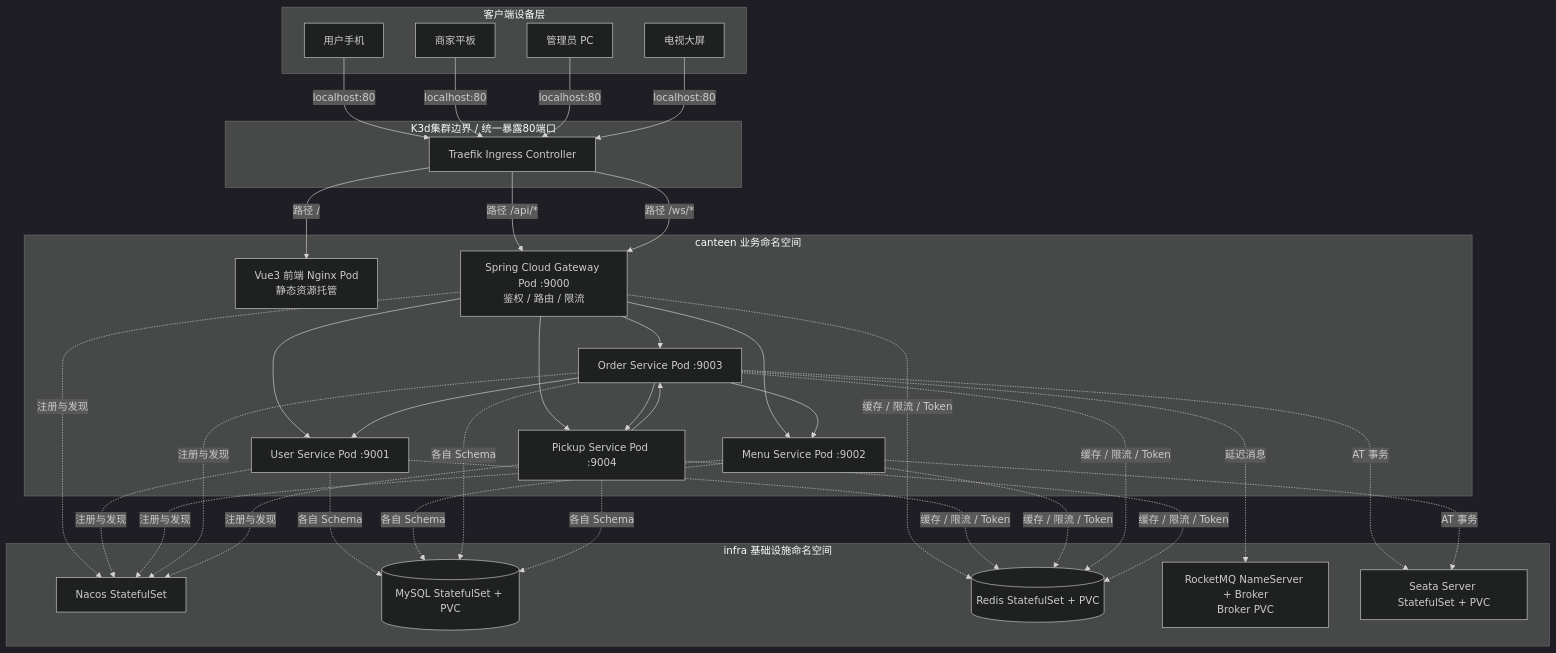
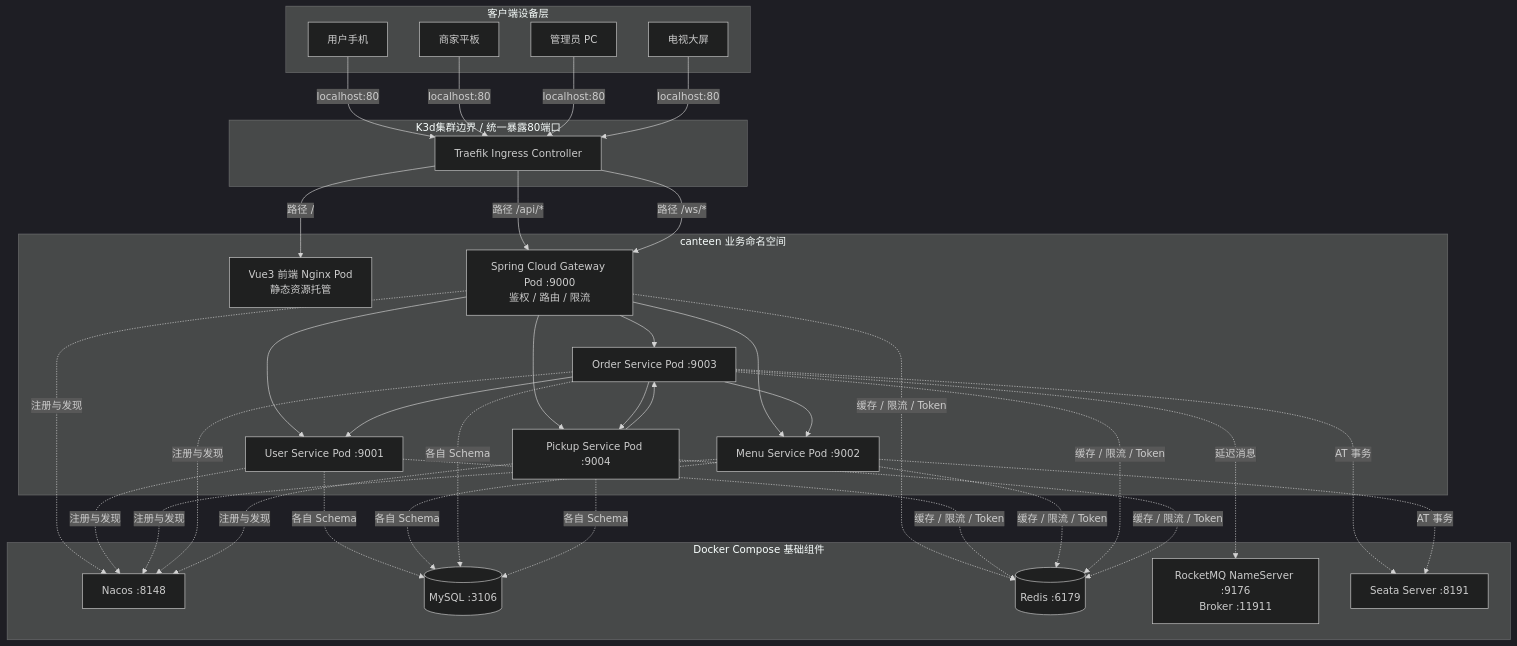
One commit to ZhongJiating26/smart-canteen changed the first of 2 diagrams in docs/A架构设计文档.md. Above: the diagram before and after it, drawn with Mermaid (dark theme). The commit also changed other lines of this file and 14 other files, not shown here.

````diff
--- a/docs/A架构设计文档.md
+++ b/docs/A架构设计文档.md
@@ -45,52 +46,52 @@
 ```mermaid
 graph TD
     subgraph 客户端设备层
         U[用户手机]
         M[商家平板]
         A[管理员 PC]
         S[电视大屏]
     end
 
     subgraph K3d集群边界 / 统一暴露80端口
         LB[Traefik Ingress Controller]
     end
 
     subgraph canteen 业务命名空间
         NG[Vue3 前端 Nginx Pod<br/>静态资源托管]
         GW[Spring Cloud Gateway Pod :9000<br/>鉴权 / 路由 / 限流]
         US[User Service Pod :9001]
         MS[Menu Service Pod :9002]
         OS[Order Service Pod :9003]
         PS[Pickup Service Pod :9004]
     end
 
-    subgraph infra 基础设施命名空间
-        N[Nacos StatefulSet]
-        DB[(MySQL StatefulSet + PVC)]
-        R[(Redis StatefulSet + PVC)]
-        MQ[RocketMQ NameServer + Broker<br/>Broker PVC]
-        SE[Seata Server StatefulSet + PVC]
+    subgraph Docker Compose 基础组件
+        N[Nacos :8148]
+        DB[(MySQL :3106)]
+        R[(Redis :6179)]
+        MQ[RocketMQ NameServer :9176<br/>Broker :11911]
+        SE[Seata Server :8191]
     end
 
     %% 客户端到集群入口
     U & M & A & S -->|localhost:80| LB
 
     %% Ingress 同源路由分流
     LB -->|路径 / | NG
     LB -->|路径 /api/* | GW
     LB -->|路径 /ws/* | GW
 
     %% 网关路由
     GW --> US & MS & OS & PS
 
     %% 服务间内部依赖
     OS --> MS & US & PS
     PS --> OS
 
-    %% 跨Namespace访问基础设施（利用K8s DNS）
+    %% 通过宿主机映射端口访问 Compose 基础设施
     GW & US & MS & OS & PS -.->|注册与发现| N
     GW & US & MS & OS & PS -.->|缓存 / 限流 / Token| R
     US & MS & OS & PS -.->|各自 Schema| DB
     OS -.->|延迟消息| MQ
     OS & MS -.->|AT 事务| SE
 ```
````
